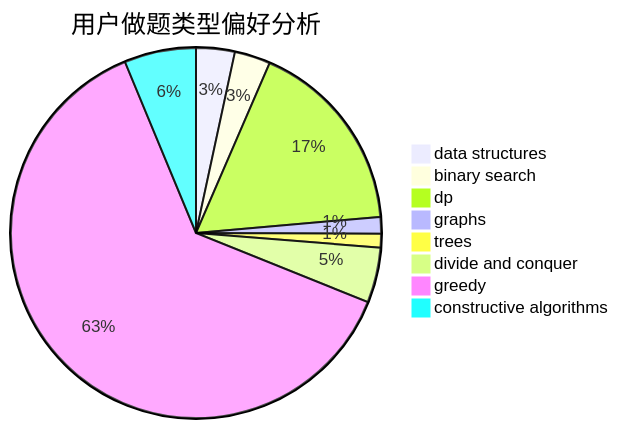
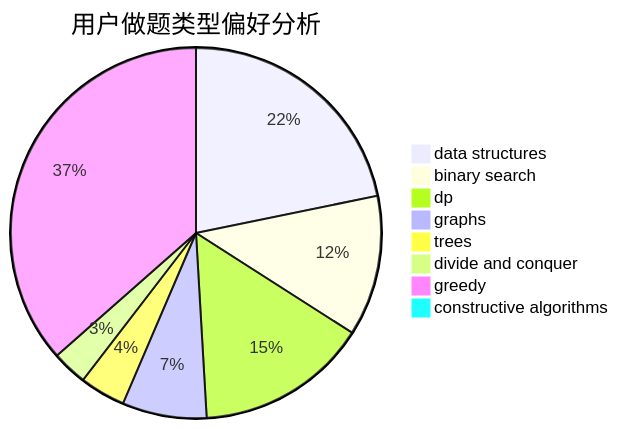
One commit to sherpahu/cfrs.github.io changed the second of 3 diagrams in docs/user/u93.md. Above: the diagram before and after it, drawn with Mermaid. The commit also changed other lines of this file and 2770 other files, not shown here.

````diff
--- a/docs/user/u93.md
+++ b/docs/user/u93.md
@@ -23,11 +23,11 @@
 ```mermaid
 pie title 用户做题类型偏好分析
-    "data structures" :  14
-    "binary search" :  13
-    "dp" :  71
-    "graphs" :  6
-    "trees" :  5
-    "divide and conquer" :  20
-    "greedy" :  260
-    "constructive algorithms" :  26
+    "data structures" :  71
+    "binary search" :  40
+    "dp" :  49
+    "graphs" :  24
+    "trees" :  13
+    "divide and conquer" :  10
+    "greedy" :  119
+    "constructive algorithms" :  0
 ```
````
